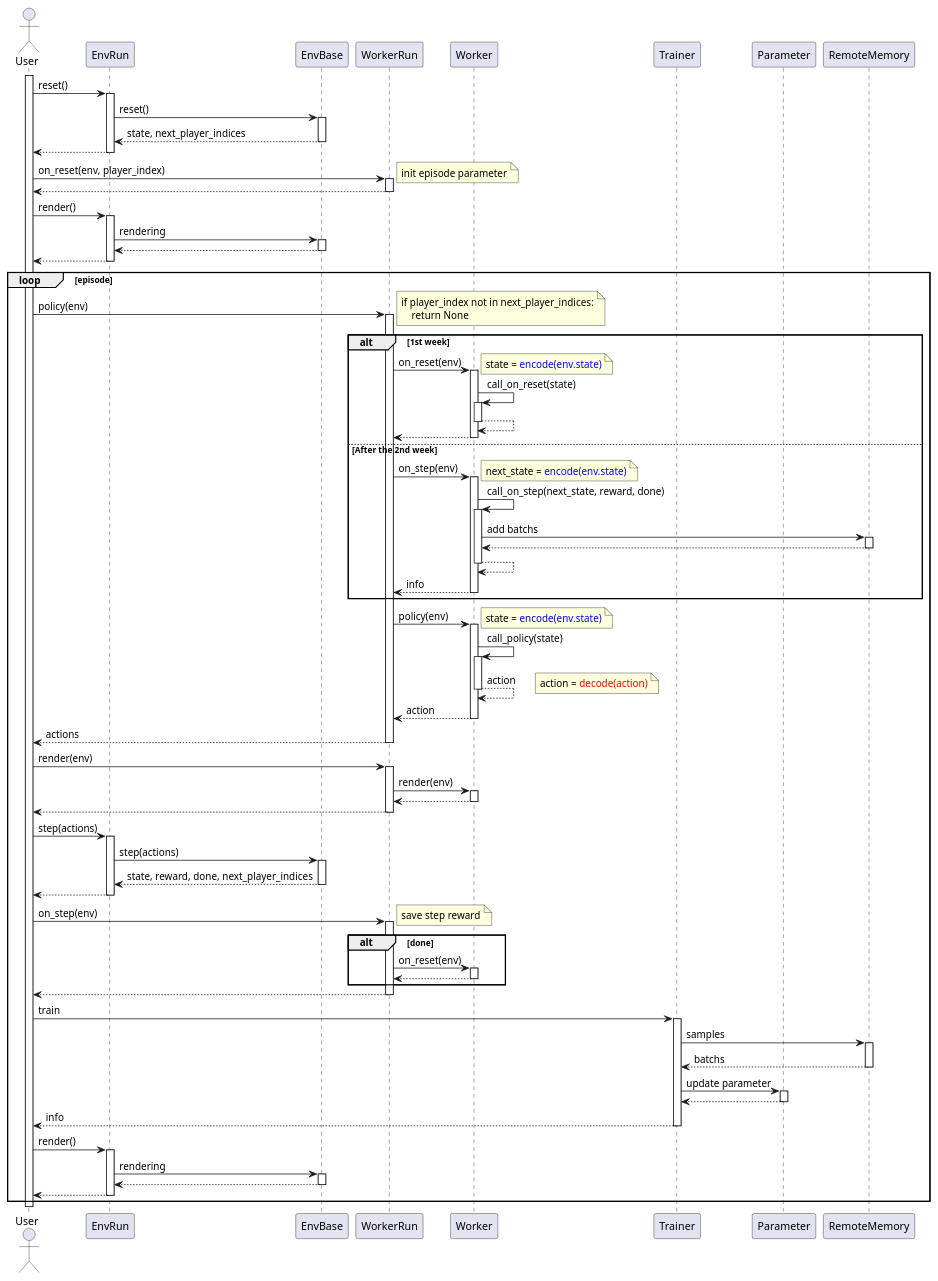
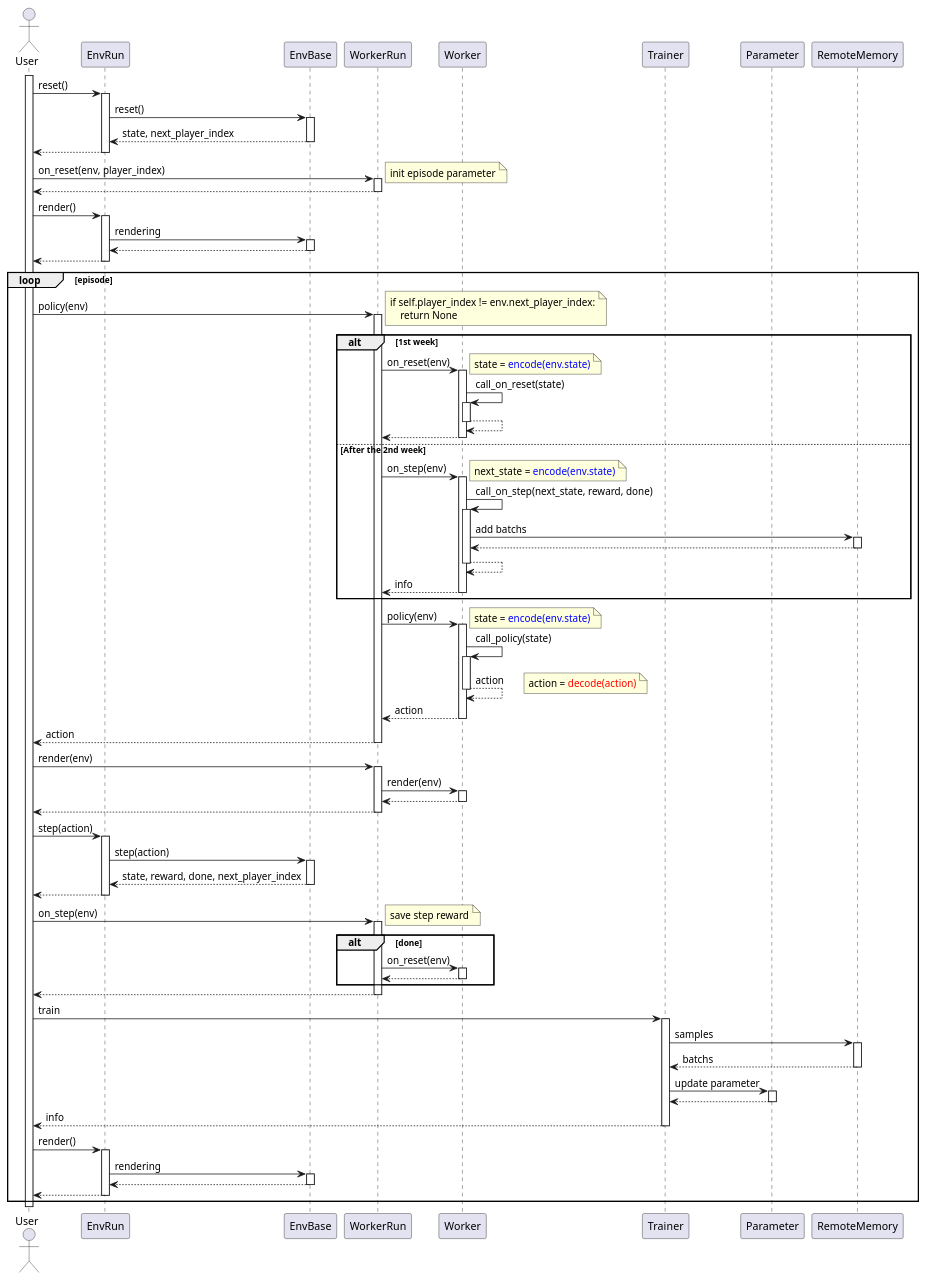
The diagram in diagrams/playflow.pu (pocokhc/simple_distributed_rl), drawn with PlantUML before and after one commit. The commit also changed 24 other files, not shown here.

```diff
--- a/diagrams/playflow.pu
+++ b/diagrams/playflow.pu
@@ -1,108 +1,108 @@
 @startuml playflow
 autoactivate on
 
 actor User
 
 participant EnvRun
 participant EnvBase
 
 participant WorkerRun
 participant Worker
 
 participant Trainer
 participant Parameter
 participant RemoteMemory
 
 
 activate User
 
 User -> EnvRun: reset()
     EnvRun -> EnvBase: reset()
-    return state, next_player_indices
+    return state, next_player_index
 return
 
 User -> WorkerRun: on_reset(env, player_index)
     note right: init episode parameter
 return
 
 User -> EnvRun: render()
     EnvRun -> EnvBase: rendering
     return
 return
 
 loop episode
 
     User -> WorkerRun: policy(env)
         note right
-        if player_index not in next_player_indices:
+        if self.player_index != env.next_player_index:
             return None
         end note
 
         alt 1st week
             WorkerRun -> Worker: on_reset(env)
                 note right
                 state = <color blue>encode(env.state)</color>
                 end note
                 Worker -> Worker: call_on_reset(state)
                 return
             return
         else After the 2nd week
             WorkerRun -> Worker: on_step(env)
                 note right
                 next_state = <color blue>encode(env.state)</color>
                 end note
                 Worker -> Worker: call_on_step(next_state, reward, done)
                     Worker -> RemoteMemory: add batchs
                     return
                 return
             return info
         end
 
         WorkerRun -> Worker: policy(env)
             note right
             state = <color blue>encode(env.state)</color>
             end note
             Worker -> Worker: call_policy(state)
             return action
             note right
             action = <color red>decode(action)</color>
             end note
         return action
-    return actions
+    return action
 
     User -> WorkerRun: render(env)
         WorkerRun -> Worker: render(env)
         return
     return
     
-    User -> EnvRun: step(actions)
-        EnvRun -> EnvBase: step(actions)
-        return state, reward, done, next_player_indices
+    User -> EnvRun: step(action)
+        EnvRun -> EnvBase: step(action)
+        return state, reward, done, next_player_index
     return
 
     User -> WorkerRun: on_step(env)
         note right
         save step reward
         end note
         alt done
             WorkerRun -> Worker: on_reset(env)
             return
         end
     return
 
     User -> Trainer: train
         Trainer -> RemoteMemory: samples
         return batchs
         Trainer -> Parameter: update parameter
         return
     return info
 
     User -> EnvRun: render()
         EnvRun -> EnvBase: rendering
         return
     return
 
 end
 deactivate User
 
 @enduml
```
